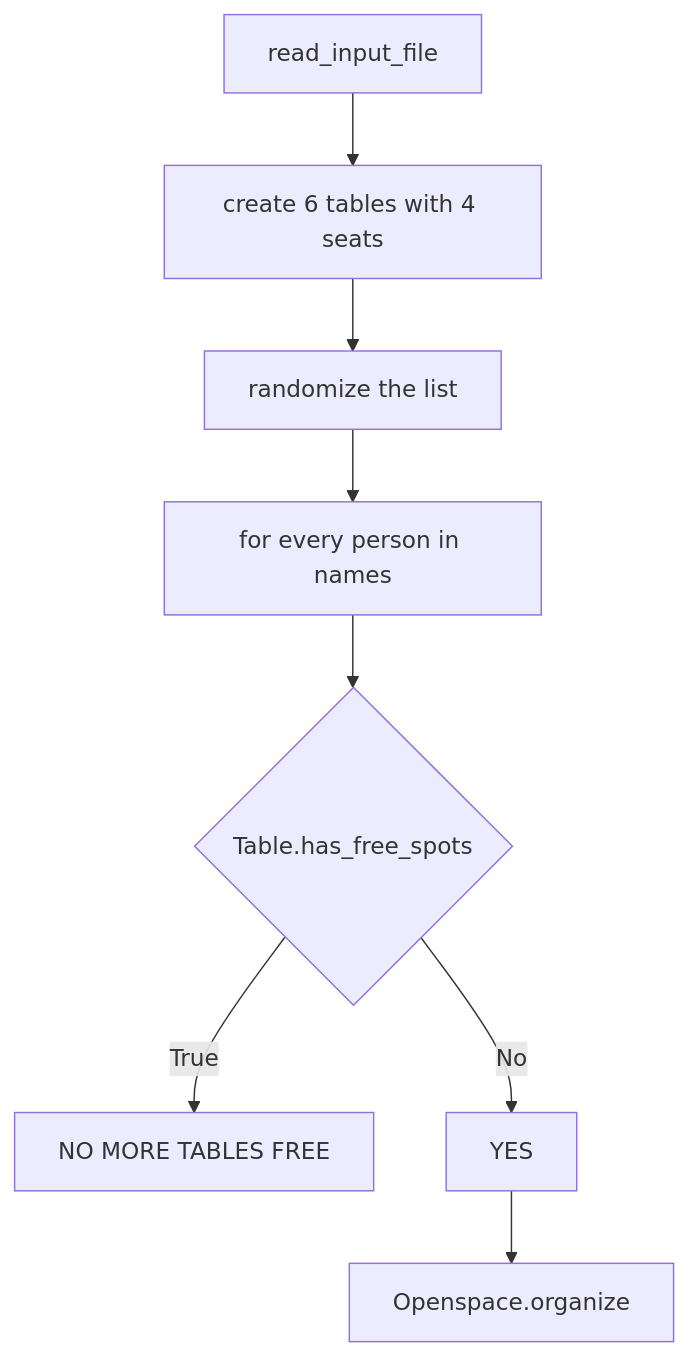
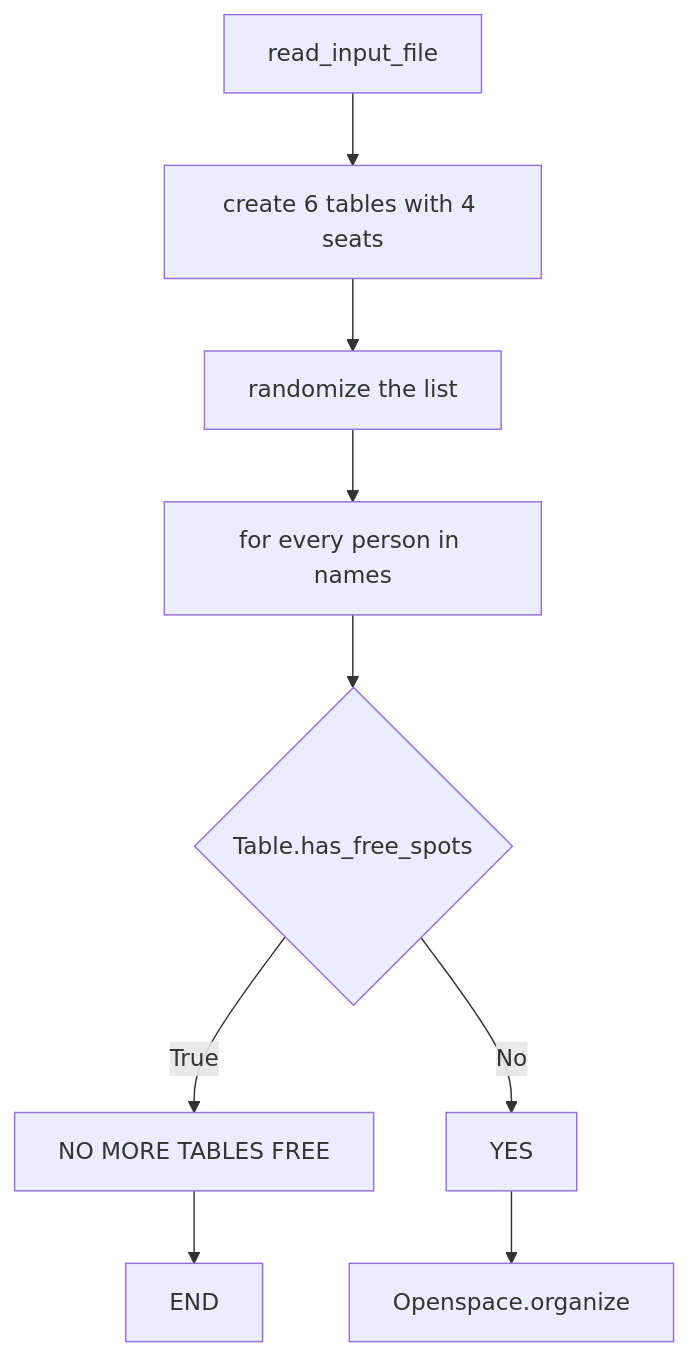
The first of 2 diagrams in README.md (NathNacht/challenge-openspace-classifier), drawn with Mermaid before and after one commit. The commit also changed other lines of this file, not shown here.

Commit message:
mermaid flowchart updated

````diff
--- a/README.md
+++ b/README.md
@@ -10,11 +10,12 @@
 ```mermaid
 graph TD;
     A[read_input_file]-->B[create 6 tables with 4 seats];
     B-->C[randomize the list]
     C-->D[for every person in names];
     D-->E{Table.has_free_spots};
     E-- True --> G[NO MORE TABLES FREE];
+    G --> X[END]
     E-- No --> F[YES];
     F-->H[Openspace.organize];
 
 ```
````
